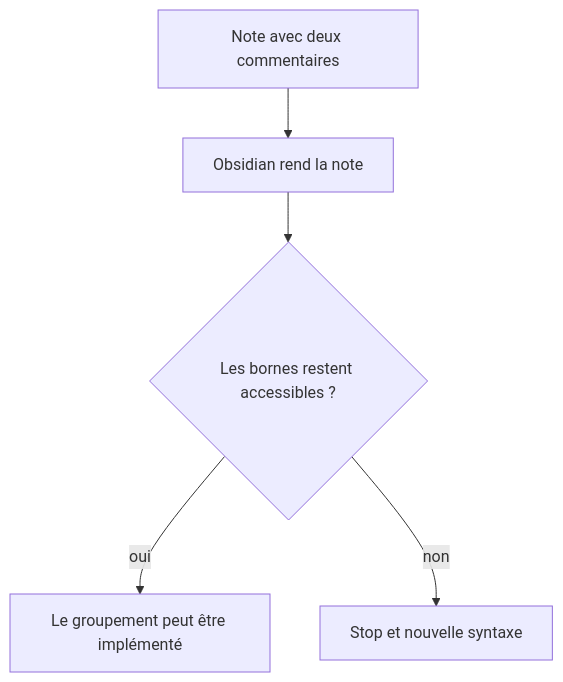
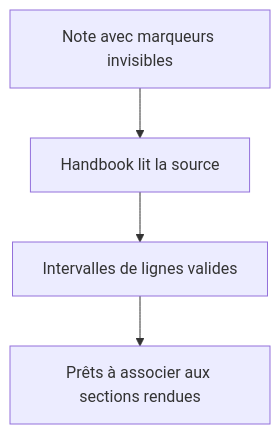
One commit to RebelliousSmile/obsidian-handbook changed the first of 2 diagrams in aidd_docs/tasks/2026_09/2026_09_15_markdown-layout-regions/phase-1.md. Above: the diagram before and after it, drawn with Mermaid. The commit also changed other lines of this file and 7 other files, not shown here.

````diff
--- a/aidd_docs/tasks/2026_09/2026_09_15_markdown-layout-regions/phase-1.md
+++ b/aidd_docs/tasks/2026_09/2026_09_15_markdown-layout-regions/phase-1.md
@@ -23,7 +22,6 @@
 ```mermaid
 flowchart TD
-  A[Note avec deux commentaires] --> B[Obsidian rend la note]
-  B --> C{Les bornes restent accessibles ?}
-  C -->|oui| D[Le groupement peut être implémenté]
-  C -->|non| E[Stop et nouvelle syntaxe]
+  A[Note avec marqueurs invisibles] --> B[Handbook lit la source]
+  B --> C[Intervalles de lignes valides]
+  C --> D[Prêts à associer aux sections rendues]
 ```
````
